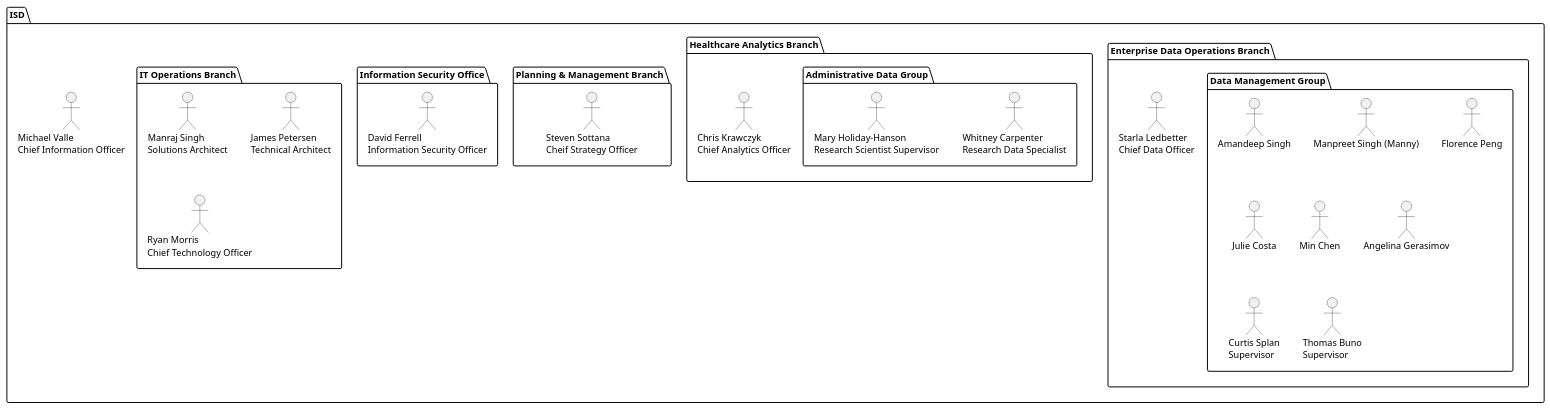
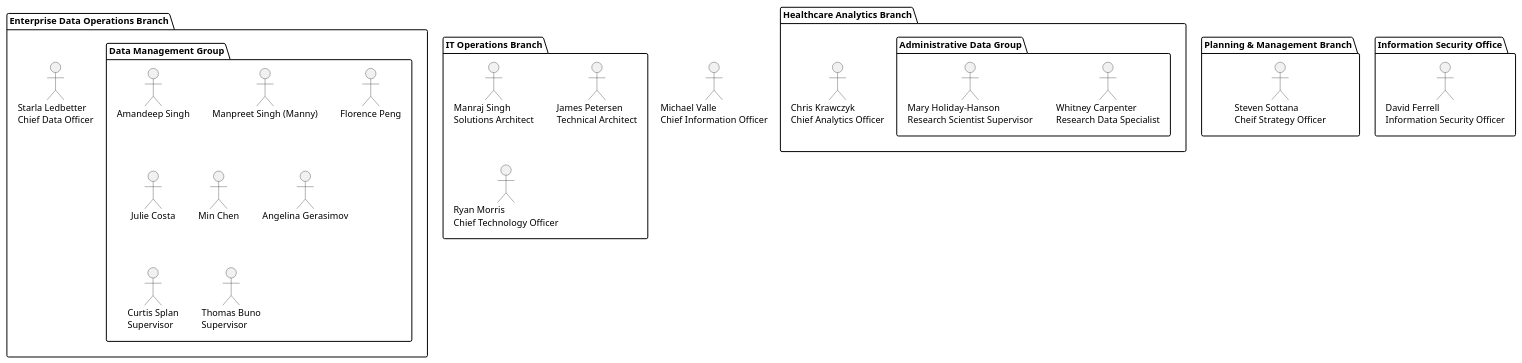
One commit to msingh-oshpd/dataops-docs changed the diagram in actors.puml. Above: the diagram before and after it, drawn with PlantUML.

```diff
--- a/actors.puml
+++ b/actors.puml
@@ -1,38 +1,37 @@
-package "ISD" as isd {
-  package "Enterprise Data Operations Branch" as edob {
+
+package "Enterprise Data Operations Branch" as edob {
     package "Data Management Group" as dmg {
         actor "Amandeep Singh" as amandeeps
         actor "Manpreet Singh (Manny)" as manpreets
         actor "Florence Peng" as florencep
         actor "Julie Costa" as juliec
         actor "Min Chen" as minc
         actor "Angelina Gerasimov" as angelinag
         actor "Curtis Splan\nSupervisor" as curtiss
         actor "Thomas Buno\nSupervisor" as thomasb
     }
     actor "Starla Ledbetter\nChief Data Officer" as starlal
-  }
-  package "Healthcare Analytics Branch" as hab {
+}
+package "Healthcare Analytics Branch" as hab {
     package "Administrative Data Group" as adg {
         actor "Whitney Carpenter\nResearch Data Specialist" as whitneyc
         actor "Mary Holiday-Hanson\nResearch Scientist Supervisor" as maryhh
     }
     actor "Chris Krawczyk\nChief Analytics Officer" as chrisk
-  }
+}
 
-  package "Planning & Management Branch" as pmb {
+package "Planning & Management Branch" as pmb {
     actor "Steven Sottana\nCheif Strategy Officer" as stevens
-  }
-  
-  package "Information Security Office" as iso {
+}
+
+package "Information Security Office" as iso {
     actor "David Ferrell\nInformation Security Officer" as davidf
-  }
-  
-  package "IT Operations Branch" as itops {
+}
+
+package "IT Operations Branch" as itops {
     actor "Manraj Singh\nSolutions Architect" as manrajs
     actor "James Petersen\nTechnical Architect" as jamesp
     actor "Ryan Morris\nChief Technology Officer" as ryanm
-  }
-  actor "Michael Valle\nChief Information Officer" as michaelv
-  
 }
+
+actor "Michael Valle\nChief Information Officer" as michaelv
```
